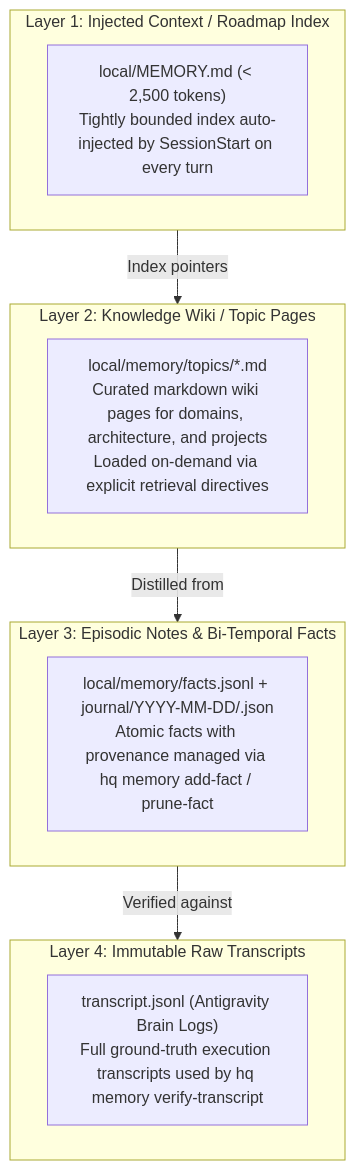
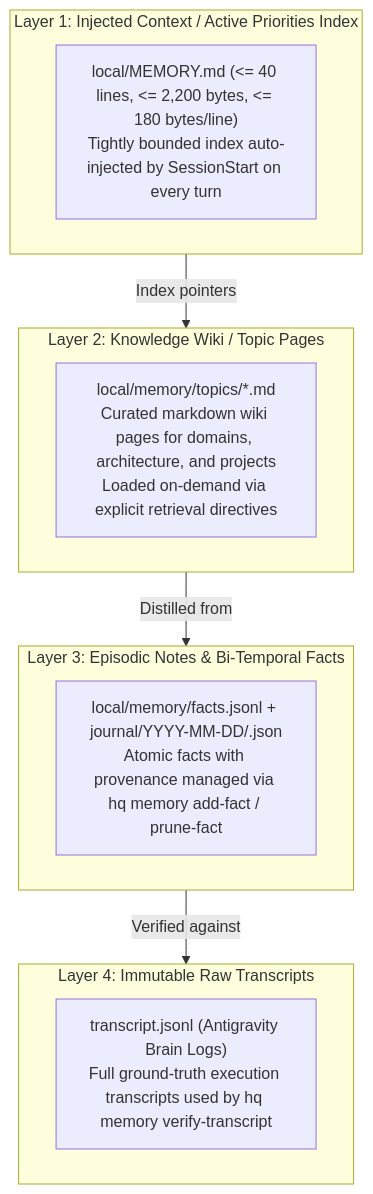
The fourth of 4 diagrams in docs/architecture.md (zjshen14/agy-hq), drawn with Mermaid before and after one commit. The commit also changed other lines of this file and 168 other files, not shown here.

````diff
--- a/docs/architecture.md
+++ b/docs/architecture.md
@@ -195,18 +197,18 @@
 ```mermaid
 flowchart TD
-    subgraph L1["Layer 1: Injected Context / Roadmap Index"]
-        M["local/MEMORY.md (< 2,500 tokens)\nTightly bounded index auto-injected by SessionStart on every turn"]
+    subgraph L1["Layer 1: Injected Context / Active Priorities Index"]
+        M["local/MEMORY.md (<= 40 lines, <= 2,200 bytes, <= 180 bytes/line)\nTightly bounded index auto-injected by SessionStart on every turn"]
     end
     subgraph L2["Layer 2: Knowledge Wiki / Topic Pages"]
         TOPICS["local/memory/topics/*.md\nCurated markdown wiki pages for domains, architecture, and projects\nLoaded on-demand via explicit retrieval directives"]
     end
     subgraph L3["Layer 3: Episodic Notes & Bi-Temporal Facts"]
         FACTS["local/memory/facts.jsonl + journal/YYYY-MM-DD/<convId>.json\nAtomic facts with provenance managed via hq memory add-fact / prune-fact"]
     end
     subgraph L4["Layer 4: Immutable Raw Transcripts"]
         TRANS["transcript.jsonl (Antigravity Brain Logs)\nFull ground-truth execution transcripts used by hq memory verify-transcript"]
     end
     L1 -->|Index pointers| L2
     L2 -->|Distilled from| L3
     L3 -->|Verified against| L4
 ```
````
